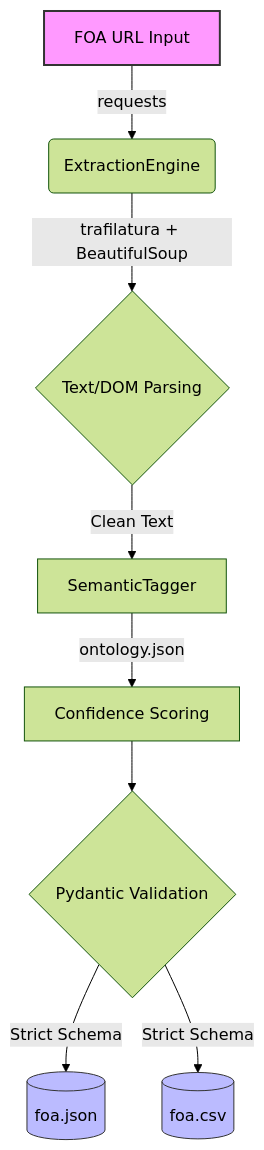
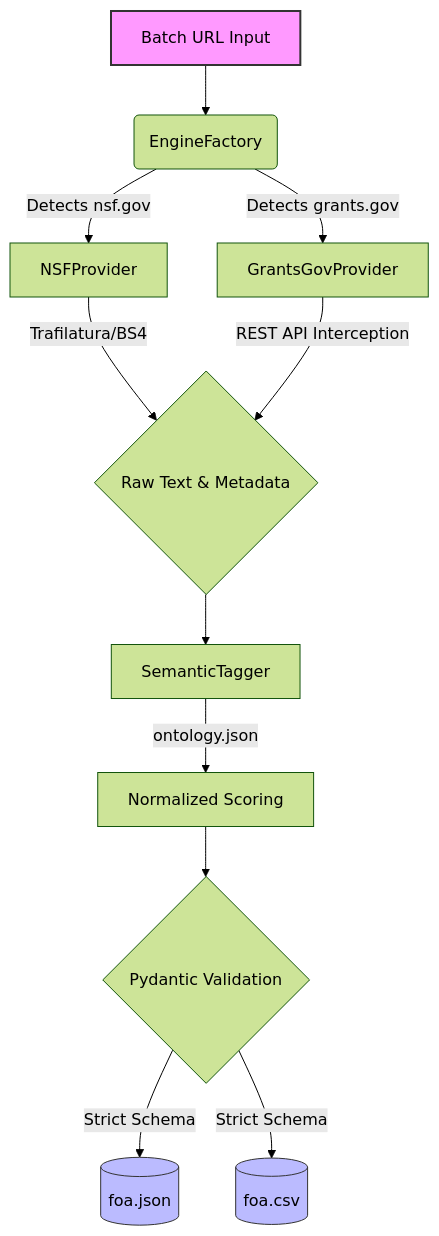
Before and after one commit to eskayML/gsoc2026-issr4-foa-ingestion: the diagram in README.md, drawn with Mermaid (forest theme). The commit also changed other lines of this file, not shown here.

Commit message:
docs: completely revamp README with tables, multi-source info, and GSoC main stage roadmap

````diff
--- a/README.md
+++ b/README.md
@@ -10,14 +22,20 @@
 ```mermaid
 graph TD
-    A[FOA URL Input] -->|requests| B(ExtractionEngine)
-    B -->|trafilatura + BeautifulSoup| C{Text/DOM Parsing}
-    C -->|Clean Text| D[SemanticTagger]
-    D -->|ontology.json| E[Confidence Scoring]
-    E --> F{Pydantic Validation}
-    F -->|Strict Schema| G[(foa.json)]
-    F -->|Strict Schema| H[(foa.csv)]
+    A[Batch URL Input] --> B(EngineFactory)
+    B -->|Detects nsf.gov| C[NSFProvider]
+    B -->|Detects grants.gov| D[GrantsGovProvider]
+    
+    C -->|Trafilatura/BS4| E{Raw Text & Metadata}
+    D -->|REST API Interception| E
+    
+    E --> F[SemanticTagger]
+    F -->|ontology.json| G[Normalized Scoring]
+    G --> H{Pydantic Validation}
+    
+    H -->|Strict Schema| I[(foa.json)]
+    H -->|Strict Schema| J[(foa.csv)]
     
     style A fill:#f9f,stroke:#333,stroke-width:2px
-    style G fill:#bbf,stroke:#333,stroke-width:1px
-    style H fill:#bbf,stroke:#333,stroke-width:1px
+    style I fill:#bbf,stroke:#333,stroke-width:1px
+    style J fill:#bbf,stroke:#333,stroke-width:1px
 ```
````
